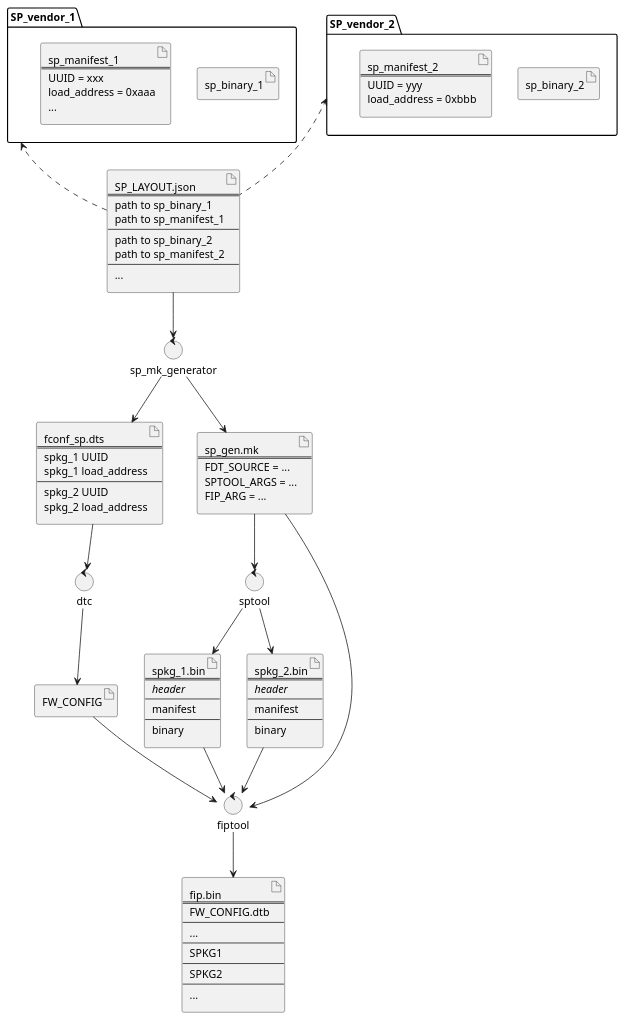
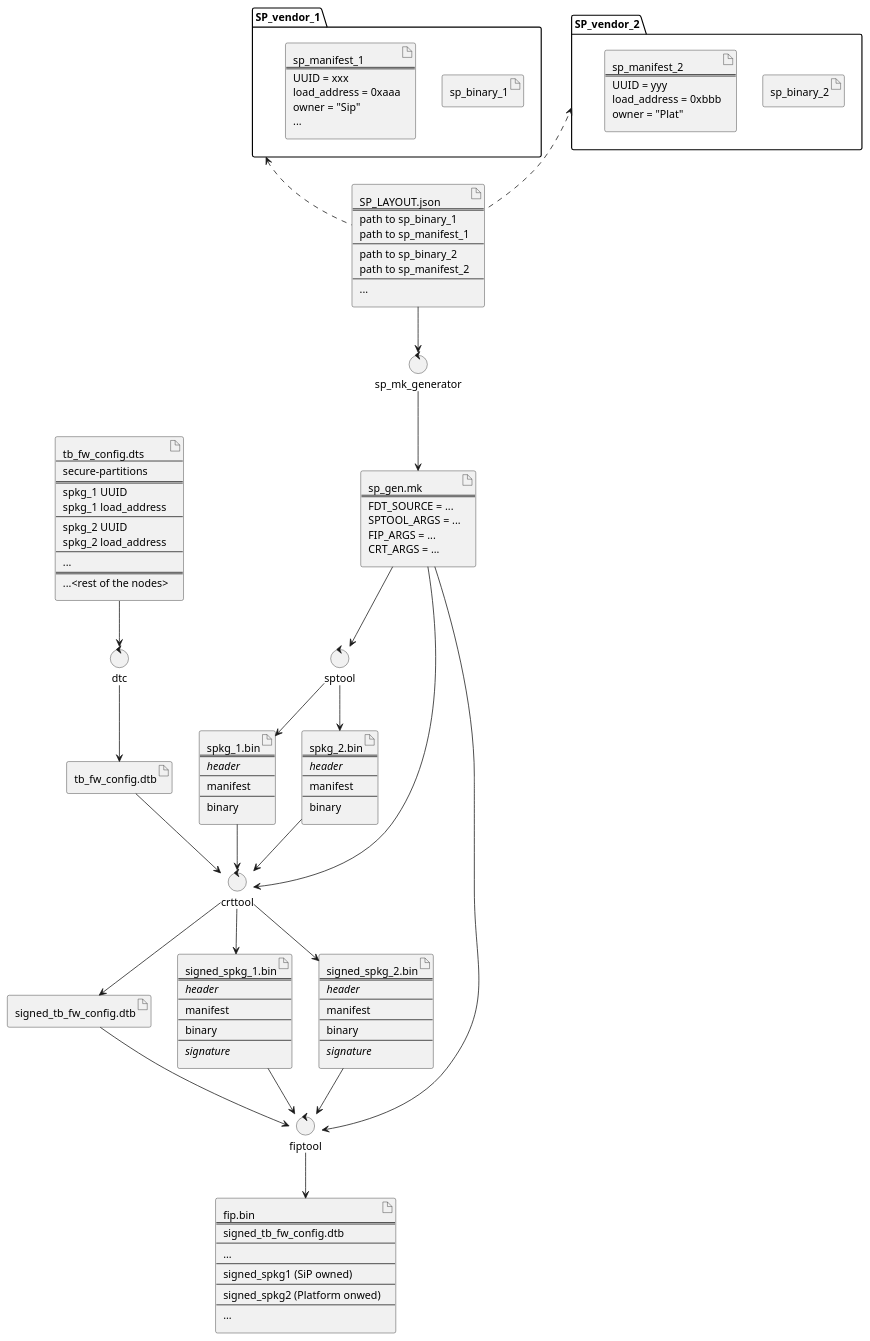
Before and after one commit to jolivain/trusted-firmware-a: the diagram in docs/resources/diagrams/plantuml/fip-secure-partitions.puml, drawn with PlantUML.

Commit message:
docs: Update the FIP generation process using SP images
Updated the documentation for the FIP generation process using
SP images.

```diff
--- a/docs/resources/diagrams/plantuml/fip-secure-partitions.puml
+++ b/docs/resources/diagrams/plantuml/fip-secure-partitions.puml
@@ -7,116 +7,158 @@
 @startuml
 
 folder SP_vendor_1 {
  artifact sp_binary_1
  artifact sp_manifest_1 [
  sp_manifest_1
  ===
  UUID = xxx
  load_address = 0xaaa
+ owner = "Sip"
  ...
  ]
 }
 
 folder SP_vendor_2 {
  artifact sp_binary_2
  artifact sp_manifest_2 [
  sp_manifest_2
  ===
  UUID = yyy
  load_address = 0xbbb
+ owner = "Plat"
  ]
 }
+
+artifact tb_fw_config.dts [
+ tb_fw_config.dts
+ ----
+ secure-partitions
+ ===
+ spkg_1 UUID
+ spkg_1 load_address
+ ---
+ spkg_2 UUID
+ spkg_2 load_address
+ ---
+ ...
+ ===
+ ...<rest of the nodes>
+]
 
 artifact config.json [
  SP_LAYOUT.json
  ===
  path to sp_binary_1
  path to sp_manifest_1
  ---
  path to sp_binary_2
  path to sp_manifest_2
  ---
  ...
 ]
 
 control sp_mk_generator
 
-artifact fconf_node [
- fconf_sp.dts
- ===
- spkg_1 UUID
- spkg_1 load_address
- ---
- spkg_2 UUID
- spkg_2 load_address
-]
-
 artifact sp_gen [
  sp_gen.mk
  ===
  FDT_SOURCE = ...
  SPTOOL_ARGS = ...
- FIP_ARG = ...
+ FIP_ARGS = ...
+ CRT_ARGS = ...
 ]
 
 control dtc
 control sptool
 
-artifact FW_CONFIG
+artifact tb_fw_config.dtb
+artifact signed_tb_fw_config.dtb
 
 artifact spkg_1 [
  spkg_1.bin
  ===
  <i>header</i>
  ---
  manifest
  ---
  binary
 ]
 
 artifact spkg_2 [
  spkg_2.bin
  ===
  <i>header</i>
  ---
  manifest
  ---
  binary
 ]
 
+artifact signed_spkg_1 [
+ signed_spkg_1.bin
+ ===
+ <i>header</i>
+ ---
+ manifest
+ ---
+ binary
+ ---
+ <i>signature</I>
+]
+
+artifact signed_spkg_2 [
+ signed_spkg_2.bin
+ ===
+ <i>header</i>
+ ---
+ manifest
+ ---
+ binary
+ ---
+ <i>signature</I>
+]
+
+control crttool
 control fiptool
 
 artifact fip [
  fip.bin
  ===
- FW_CONFIG.dtb
+ signed_tb_fw_config.dtb
  ---
  ...
  ---
- SPKG1
+ signed_spkg1 (SiP owned)
  ---
- SPKG2
+ signed_spkg2 (Platform onwed)
  ---
  ...
 ]
 
 config.json .up.> SP_vendor_1
 config.json .up.> SP_vendor_2
 config.json --> sp_mk_generator
-sp_mk_generator --> fconf_node
 sp_mk_generator --> sp_gen
+sp_gen --> fiptool
+sp_gen --> crttool
+sp_gen --> sptool
 
-sp_gen --> sptool
 sptool --> spkg_1
 sptool --> spkg_2
 
-fconf_node -down-> dtc
-dtc --> FW_CONFIG
+spkg_1 --> crttool
+spkg_2 --> crttool
+crttool --> signed_spkg_1
+crttool --> signed_spkg_2
 
-sp_gen --> fiptool
-FW_CONFIG --> fiptool
-spkg_1 -down-> fiptool
-spkg_2 -down-> fiptool
+tb_fw_config.dts --> dtc
+dtc --> tb_fw_config.dtb
+tb_fw_config.dtb --> crttool
+crttool --> signed_tb_fw_config.dtb
+
+signed_tb_fw_config.dtb --> fiptool
+signed_spkg_1 -down-> fiptool
+signed_spkg_2 -down-> fiptool
 fiptool -down-> fip
 
 @enduml
```
